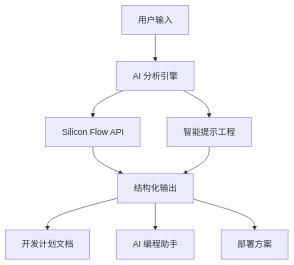
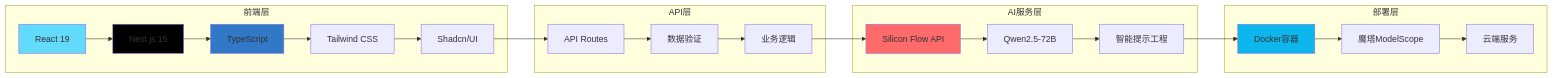
The second of 3 diagrams in README.md (JasonRobertDestiny/VibeDocs), drawn with Mermaid before and after one commit. The commit also changed other lines of this file, not shown here.

````diff
--- a/README.md
+++ b/README.md
@@ -120,11 +83,34 @@
 ```mermaid
-graph TB
-    A[用户输入] --> B[AI 分析引擎]
-    B --> C[Silicon Flow API]
-    B --> D[智能提示工程]
-    C --> E[结构化输出]
-    D --> E
-    E --> F[开发计划文档]
-    E --> G[AI 编程助手]
-    E --> H[部署方案]
+graph LR
+    subgraph "前端层"
+        A[React 19] --> B[Next.js 15]
+        B --> C[TypeScript]
+        C --> D[Tailwind CSS]
+        D --> E[Shadcn/UI]
+    end
+    
+    subgraph "API层"
+        F[API Routes] --> G[数据验证]
+        G --> H[业务逻辑]
+    end
+    
+    subgraph "AI服务层"
+        I[Silicon Flow API] --> J[Qwen2.5-72B]
+        J --> K[智能提示工程]
+    end
+    
+    subgraph "部署层"
+        L[Docker容器] --> M[魔塔ModelScope]
+        M --> N[云端服务]
+    end
+    
+    E --> F
+    H --> I
+    K --> L
+    
+    style A fill:#61dafb
+    style B fill:#000000
+    style C fill:#3178c6
+    style I fill:#ff6b6b
+    style L fill:#0db7ed
 ```
````
